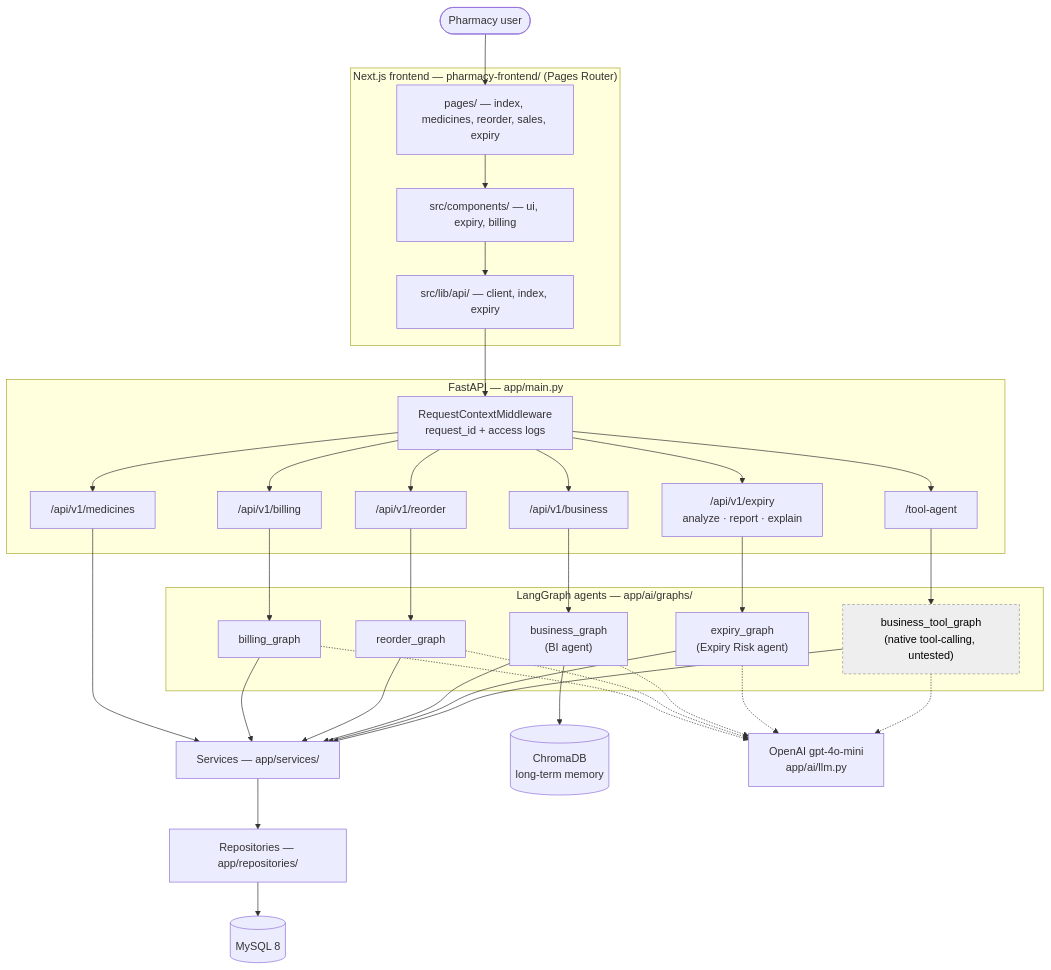
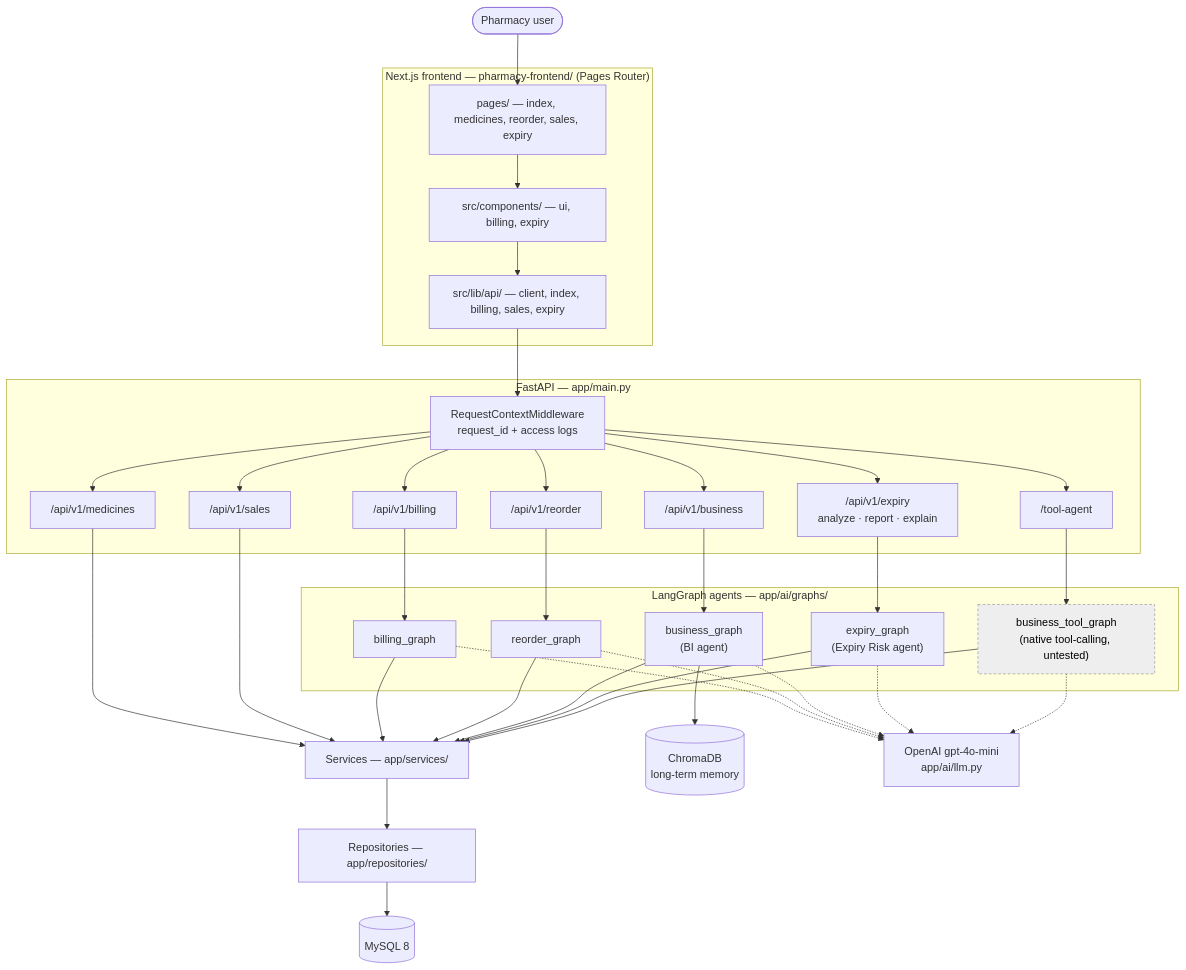
One commit to anurag-main/AI-Powered-Connected-Pharmacy-Ecosystem changed the first of 2 diagrams in docs/architecture.md. Above: the diagram before and after it, drawn with Mermaid. The commit also changed other lines of this file and 1 other file, not shown here.

Commit message:
Update docs for manual billing and sales history
Frontend tree, the billing sequence diagram (search and price per line, then
save, then print as a separate step), and the endpoint table.

Corrected the Phase 9 row while I was in there. It claimed "partial - browser
Web Speech API only", which was already generous and is now just wrong, so it
reads not started.

````diff
--- a/docs/architecture.md
+++ b/docs/architecture.md
@@ -16,70 +16,73 @@
 ```mermaid
 flowchart TB
     USER([Pharmacy user])
 
     subgraph FE["Next.js frontend — pharmacy-frontend/ (Pages Router)"]
         PG["pages/ — index, medicines, reorder, sales, expiry"]
-        CMP["src/components/ — ui, expiry, billing"]
-        APIC["src/lib/api/ — client, index, expiry"]
+        CMP["src/components/ — ui, billing, expiry"]
+        APIC["src/lib/api/ — client, index, billing, sales, expiry"]
     end
 
     subgraph API["FastAPI — app/main.py"]
         MW["RequestContextMiddleware<br/>request_id + access logs"]
         R1["/api/v1/medicines"]
         R2["/api/v1/billing"]
         R3["/api/v1/reorder"]
         R4["/api/v1/business"]
         R5["/api/v1/expiry<br/>analyze · report · explain"]
         R6["/tool-agent"]
+        R7["/api/v1/sales"]
     end
 
     subgraph AI["LangGraph agents — app/ai/graphs/"]
         G1["billing_graph"]
         G2["reorder_graph"]
         G3["business_graph<br/>(BI agent)"]
         G4["expiry_graph<br/>(Expiry Risk agent)"]
         G5["business_tool_graph<br/>(native tool-calling, untested)"]
     end
 
     SVC["Services — app/services/"]
     REPO["Repositories — app/repositories/"]
     DB[("MySQL 8")]
     CHROMA[("ChromaDB<br/>long-term memory")]
     LLM["OpenAI gpt-4o-mini<br/>app/ai/llm.py"]
 
     USER --> PG
     PG --> CMP
     CMP --> APIC
     APIC --> MW
     MW --> R1
     MW --> R2
     MW --> R3
     MW --> R4
     MW --> R5
     MW --> R6
+    MW --> R7
 
     R1 --> SVC
     R2 --> G1
     R3 --> G2
     R4 --> G3
     R5 --> G4
     R6 --> G5
+    R7 --> SVC
 
     G1 --> SVC
     G2 --> SVC
     G3 --> SVC
     G4 --> SVC
     G5 --> SVC
     SVC --> REPO
     REPO --> DB
     G3 --> CHROMA
 
     G1 -.-> LLM
     G2 -.-> LLM
     G3 -.-> LLM
     G4 -.-> LLM
     G5 -.-> LLM
 
     classDef gap fill:#eeeeee,stroke:#999,stroke-dasharray:4 3,color:#000
     class G5 gap
 ```
````
